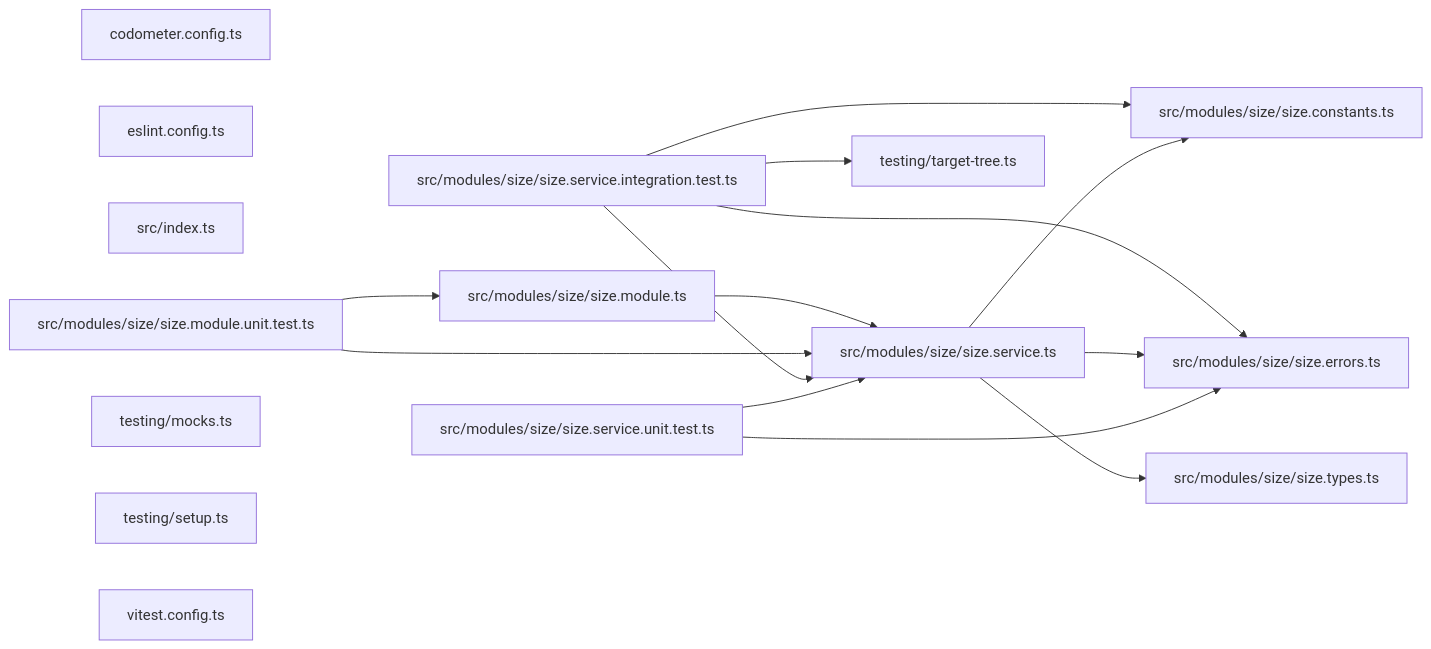
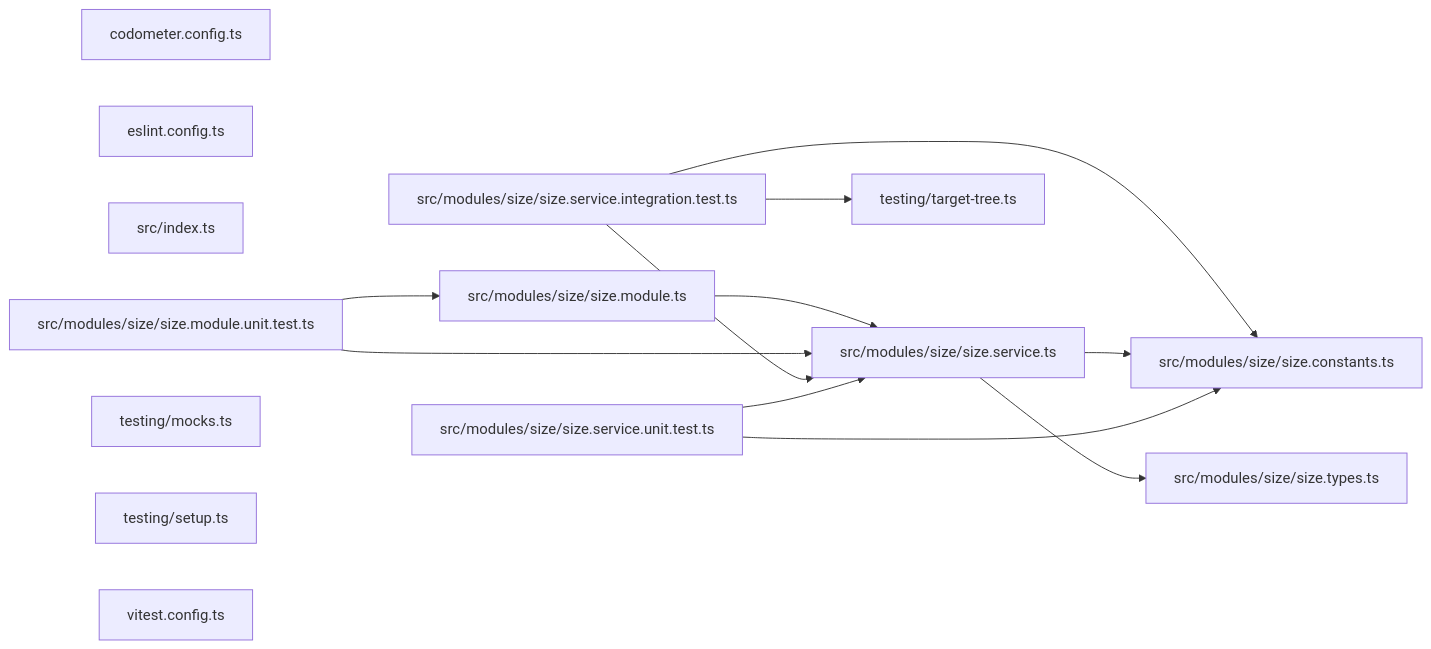
Before and after one commit to JimmyPaolini/codebase: the third of 3 diagrams in packages/codometer-size/README.md, drawn with Mermaid. The commit also changed other lines of this file and 49 other files, not shown here.

````diff
--- a/packages/codometer-size/README.md
+++ b/packages/codometer-size/README.md
@@ -78,30 +78,27 @@
 ```mermaid
 graph LR
   file_codometer_config_ts["codometer.config.ts"]
   file_eslint_config_ts["eslint.config.ts"]
   file_src_index_ts["src/index.ts"]
   file_src_modules_size_size_constants_ts["src/modules/size/size.constants.ts"]
-  file_src_modules_size_size_errors_ts["src/modules/size/size.errors.ts"]
   file_src_modules_size_size_module_ts["src/modules/size/size.module.ts"]
   file_src_modules_size_size_module_unit_test_ts["src/modules/size/size.module.unit.test.ts"]
   file_src_modules_size_size_service_integration_test_ts["src/modules/size/size.service.integration.test.ts"]
   file_src_modules_size_size_service_ts["src/modules/size/size.service.ts"]
   file_src_modules_size_size_service_unit_test_ts["src/modules/size/size.service.unit.test.ts"]
   file_src_modules_size_size_types_ts["src/modules/size/size.types.ts"]
   file_testing_mocks_ts["testing/mocks.ts"]
   file_testing_setup_ts["testing/setup.ts"]
   file_testing_target_tree_ts["testing/target-tree.ts"]
   file_vitest_config_ts["vitest.config.ts"]
   file_src_modules_size_size_module_ts --> file_src_modules_size_size_service_ts
   file_src_modules_size_size_module_unit_test_ts --> file_src_modules_size_size_module_ts
   file_src_modules_size_size_module_unit_test_ts --> file_src_modules_size_size_service_ts
   file_src_modules_size_size_service_integration_test_ts --> file_src_modules_size_size_constants_ts
-  file_src_modules_size_size_service_integration_test_ts --> file_src_modules_size_size_errors_ts
   file_src_modules_size_size_service_integration_test_ts --> file_src_modules_size_size_service_ts
   file_src_modules_size_size_service_integration_test_ts --> file_testing_target_tree_ts
   file_src_modules_size_size_service_ts --> file_src_modules_size_size_constants_ts
-  file_src_modules_size_size_service_ts --> file_src_modules_size_size_errors_ts
   file_src_modules_size_size_service_ts --> file_src_modules_size_size_types_ts
-  file_src_modules_size_size_service_unit_test_ts --> file_src_modules_size_size_errors_ts
+  file_src_modules_size_size_service_unit_test_ts --> file_src_modules_size_size_constants_ts
   file_src_modules_size_size_service_unit_test_ts --> file_src_modules_size_size_service_ts
 ```
````
